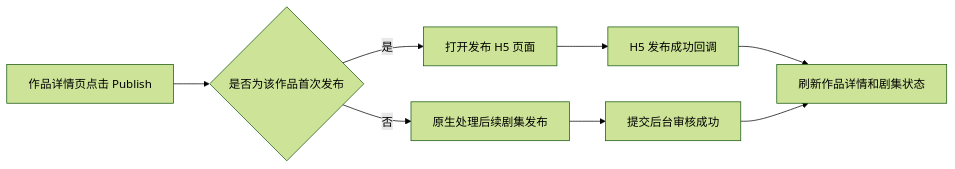
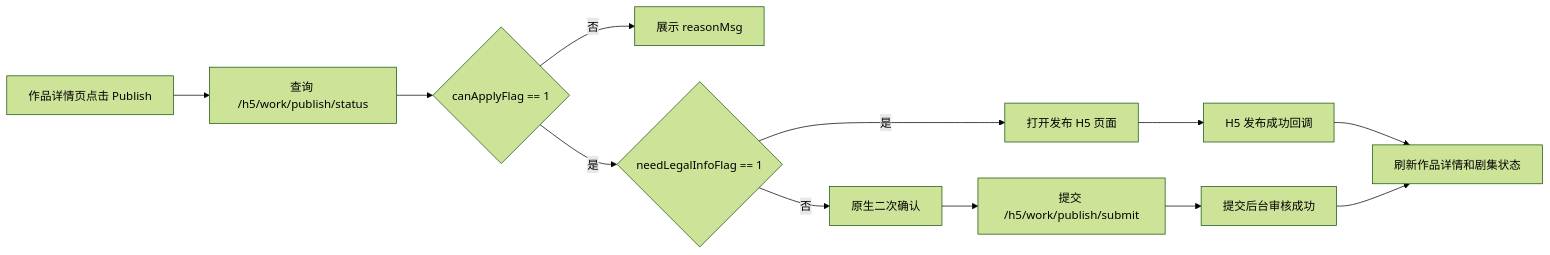
One commit to wangshaowen1/Android_epnova changed the first of 2 diagrams in design/project/work-publish-flow.md. Above: the diagram before and after it, drawn with Mermaid (forest theme). The commit also changed other lines of this file and 2 other files, not shown here.

````diff
--- a/design/project/work-publish-flow.md
+++ b/design/project/work-publish-flow.md
@@ -15,10 +17,14 @@
 ```mermaid
 flowchart LR
-    A[作品详情页点击 Publish] --> B{是否为该作品首次发布}
-    B -- 是 --> C[打开发布 H5 页面]
-    B -- 否 --> D[原生处理后续剧集发布]
-    C --> E[H5 发布成功回调]
-    D --> F[提交后台审核成功]
-    E --> G[刷新作品详情和剧集状态]
-    F --> G
+    A[作品详情页点击 Publish] --> B[查询 /h5/work/publish/status]
+    B --> C{canApplyFlag == 1}
+    C -- 否 --> D[展示 reasonMsg]
+    C -- 是 --> E{needLegalInfoFlag == 1}
+    E -- 是 --> F[打开发布 H5 页面]
+    E -- 否 --> G[原生二次确认]
+    G --> H[提交 /h5/work/publish/submit]
+    F --> I[H5 发布成功回调]
+    H --> J[提交后台审核成功]
+    I --> K[刷新作品详情和剧集状态]
+    J --> K
 ```
````
